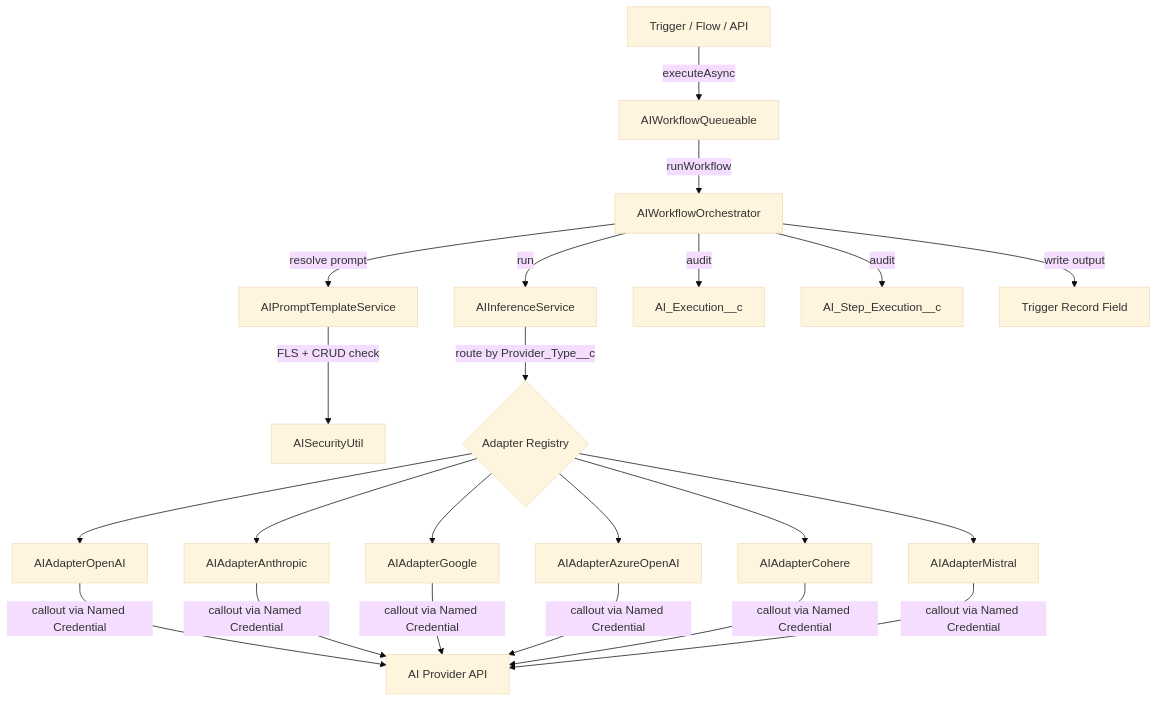
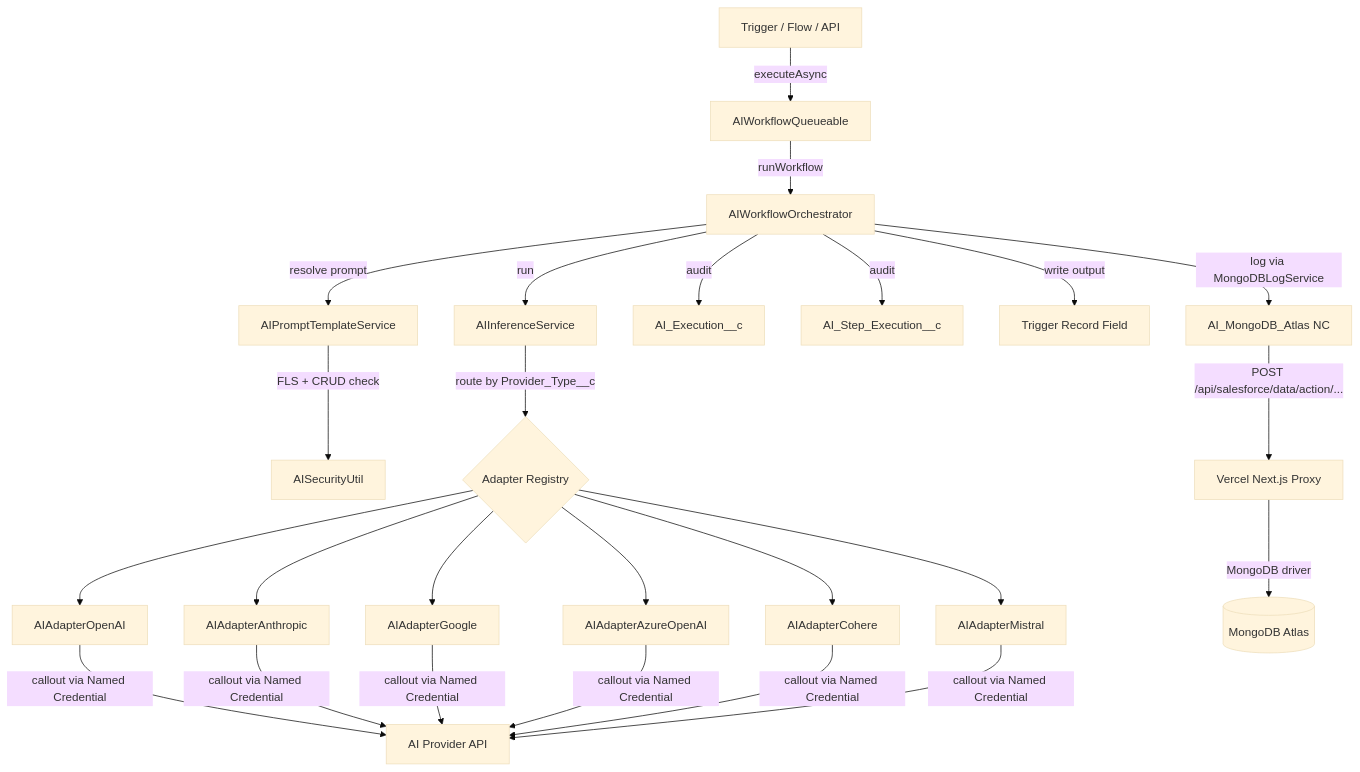
The first of 3 diagrams in sf-ai-orchestrator/docs/ARCHITECTURE.md (ThanhTiena/my-salesforce), drawn with Mermaid (base theme) before and after one commit. The commit also changed other lines of this file and 3 other files, not shown here.

First line of the commit message:
feat(sf-ai-orchestrator): wire MongoDB logging to Vercel proxy API

````diff
--- a/sf-ai-orchestrator/docs/ARCHITECTURE.md
+++ b/sf-ai-orchestrator/docs/ARCHITECTURE.md
@@ -3,19 +3,22 @@
 ```mermaid
 graph TD
     A[Trigger / Flow / API] -->|executeAsync| B[AIWorkflowQueueable]
     B -->|runWorkflow| C[AIWorkflowOrchestrator]
     C -->|resolve prompt| D[AIPromptTemplateService]
     D -->|FLS + CRUD check| E[AISecurityUtil]
     C -->|run| F[AIInferenceService]
     F -->|route by Provider_Type__c| G{Adapter Registry}
     G --> H[AIAdapterOpenAI]
     G --> I[AIAdapterAnthropic]
     G --> J[AIAdapterGoogle]
     G --> K[AIAdapterAzureOpenAI]
     G --> L[AIAdapterCohere]
     G --> M[AIAdapterMistral]
     H & I & J & K & L & M -->|callout via Named Credential| N[AI Provider API]
     C -->|audit| O[AI_Execution__c]
     C -->|audit| P[AI_Step_Execution__c]
     C -->|write output| Q[Trigger Record Field]
+    C -->|log via MongoDBLogService| R[AI_MongoDB_Atlas NC]
+    R -->|POST /api/salesforce/data/action/...| S[Vercel Next.js Proxy]
+    S -->|MongoDB driver| T[(MongoDB Atlas)]
 ```
````
